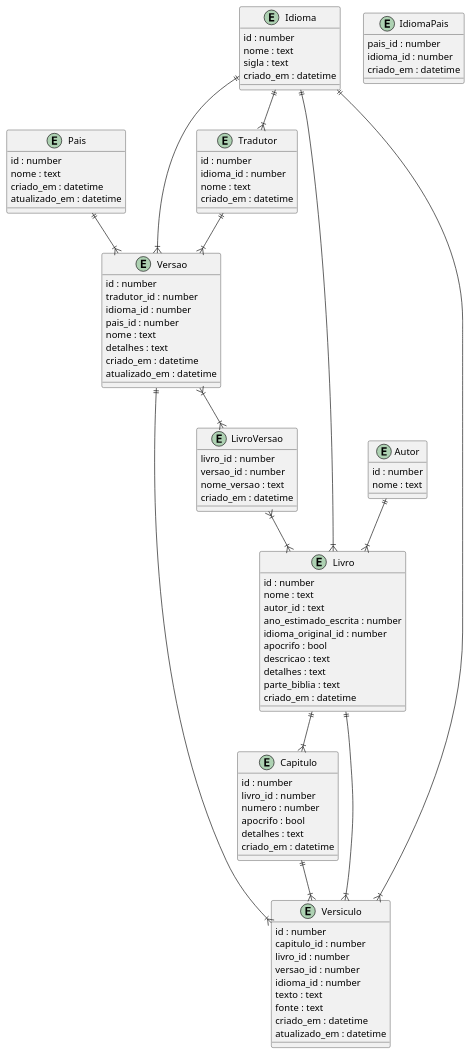
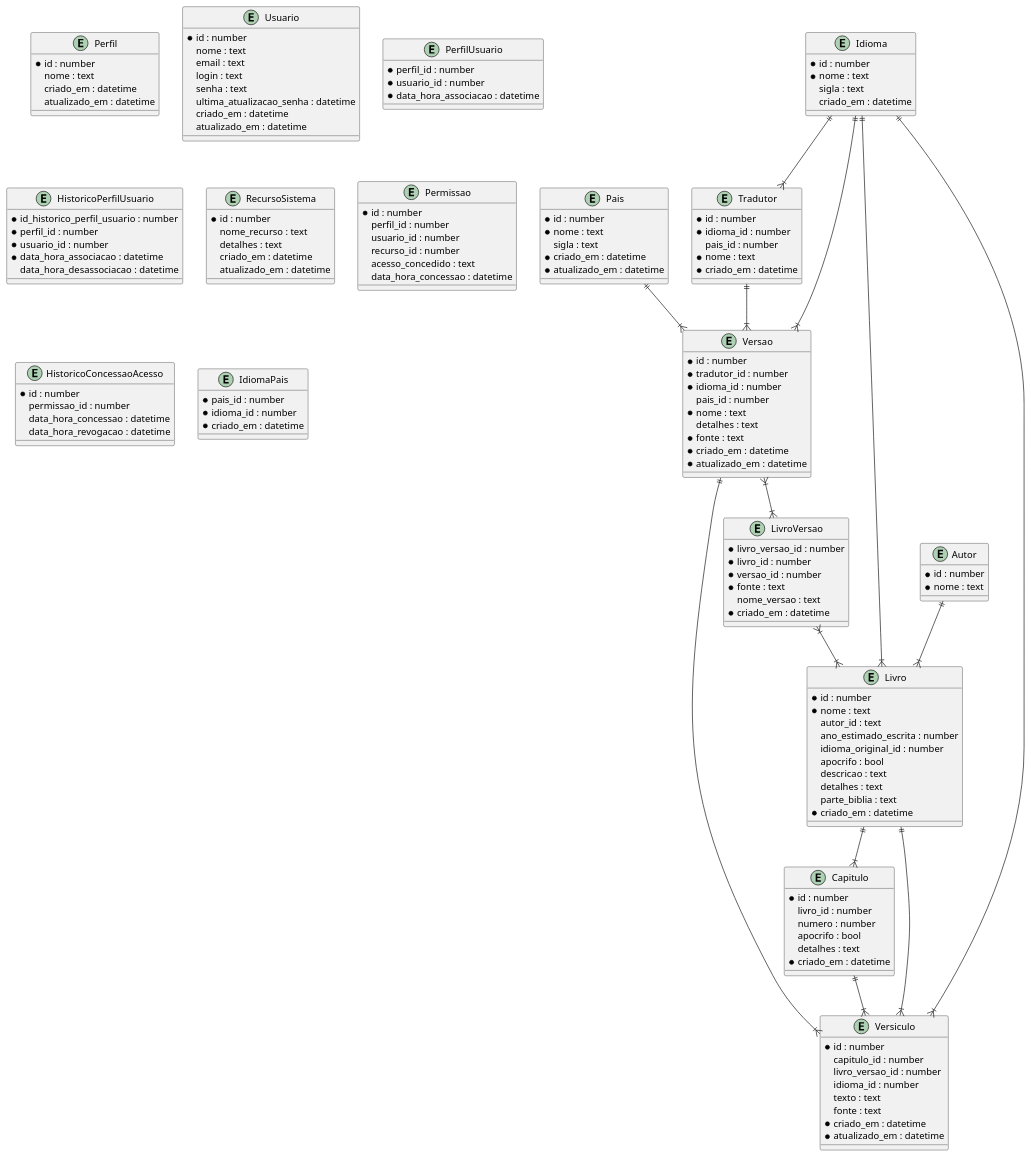
One commit to aberriel/holy_bible_bi_py changed the diagram in docs/db_model.puml. Above: the diagram before and after it, drawn with PlantUML. The commit also changed 2 other files, not shown here.

```diff
--- a/docs/db_model.puml
+++ b/docs/db_model.puml
@@ -1,99 +1,153 @@
 @startuml
-entity Pais {
-	id : number
+entity Perfil {
+	*id : number
 	nome : text
 	criado_em : datetime
 	atualizado_em : datetime
 }
+entity Usuario {
+	*id : number
+	nome : text
+	email : text
+	login : text
+	senha : text
+	ultima_atualizacao_senha : datetime
+	criado_em : datetime
+	atualizado_em : datetime
+}
+entity PerfilUsuario {
+	*perfil_id : number
+	*usuario_id : number
+	*data_hora_associacao : datetime
+}
+entity HistoricoPerfilUsuario {
+	*id_historico_perfil_usuario : number
+	*perfil_id : number
+	*usuario_id : number
+	*data_hora_associacao : datetime
+	data_hora_desassociacao : datetime
+}
+entity RecursoSistema {
+	*id : number
+	nome_recurso : text
+	detalhes : text
+	criado_em : datetime
+	atualizado_em : datetime
+}
+entity Permissao {
+	*id : number
+	perfil_id : number
+	usuario_id : number
+	recurso_id : number
+	acesso_concedido : text
+	data_hora_concessao : datetime
+}
+entity HistoricoConcessaoAcesso {
+	*id : number
+	permissao_id : number
+	data_hora_concessao : datetime
+	data_hora_revogacao : datetime
+}
+entity Pais {
+	*id : number
+	*nome : text
+	sigla : text
+	*criado_em : datetime
+	*atualizado_em : datetime
+}
 entity Idioma {
-	id : number
-	nome : text
+	*id : number
+	*nome : text
 	sigla : text
 	criado_em : datetime
 }
 entity IdiomaPais {
-	pais_id : number
-	idioma_id : number
-	criado_em : datetime
+	*pais_id : number
+	*idioma_id : number
+	*criado_em : datetime
 }
 
 entity Tradutor {
-	id : number
-	idioma_id : number
-	nome : text
-	criado_em : datetime
+	*id : number
+	*idioma_id : number
+	pais_id : number
+	*nome : text
+	*criado_em : datetime
 }
 
 Idioma ||--|{ Tradutor
 
 entity Autor {
-	id : number
-	nome : text
+	*id : number
+	*nome : text
 }
+
 entity Versao {
-	id : number
-	tradutor_id : number
-	idioma_id : number
+	*id : number
+	*tradutor_id : number
+	*idioma_id : number
 	pais_id : number
-	nome : text
+	*nome : text
 	detalhes : text
-	criado_em : datetime
-	atualizado_em : datetime
+	*fonte : text
+	*criado_em : datetime
+	*atualizado_em : datetime
 }
 
 Idioma ||--|{ Versao
 Tradutor ||--|{ Versao
 Pais ||--|{ Versao
 
 entity LivroVersao {
-	livro_id : number
-	versao_id : number
+	*livro_versao_id : number
+	*livro_id : number
+	*versao_id : number
+	*fonte : text
 	nome_versao : text
-	criado_em : datetime
+	*criado_em : datetime
 }
 entity Livro {
-	id : number
-	nome : text
+	*id : number
+	*nome : text
 	autor_id : text
 	ano_estimado_escrita : number
 	idioma_original_id : number
 	apocrifo : bool
 	descricao : text
 	detalhes : text
 	parte_biblia : text
-	criado_em : datetime
+	*criado_em : datetime
 }
 
 Autor ||--|{ Livro
 Idioma ||--|{ Livro
 LivroVersao }|--|{ Livro
 Versao }|--|{ LivroVersao
 
 entity Capitulo {
-	id : number
+	*id : number
 	livro_id : number
 	numero : number
 	apocrifo : bool
 	detalhes : text
-	criado_em : datetime
+	*criado_em : datetime
 }
 
 Livro ||--|{ Capitulo
 
 entity Versiculo {
-	id : number
+	*id : number
 	capitulo_id : number
-	livro_id : number
-	versao_id : number
+	livro_versao_id : number
 	idioma_id : number
 	texto : text
 	fonte : text
-	criado_em : datetime
-	atualizado_em : datetime
+	*criado_em : datetime
+	*atualizado_em : datetime
 }
 
 Capitulo ||--|{ Versiculo
 Livro ||--|{ Versiculo
 Versao ||--|{ Versiculo
 Idioma ||--|{ Versiculo
 @enduml
```
